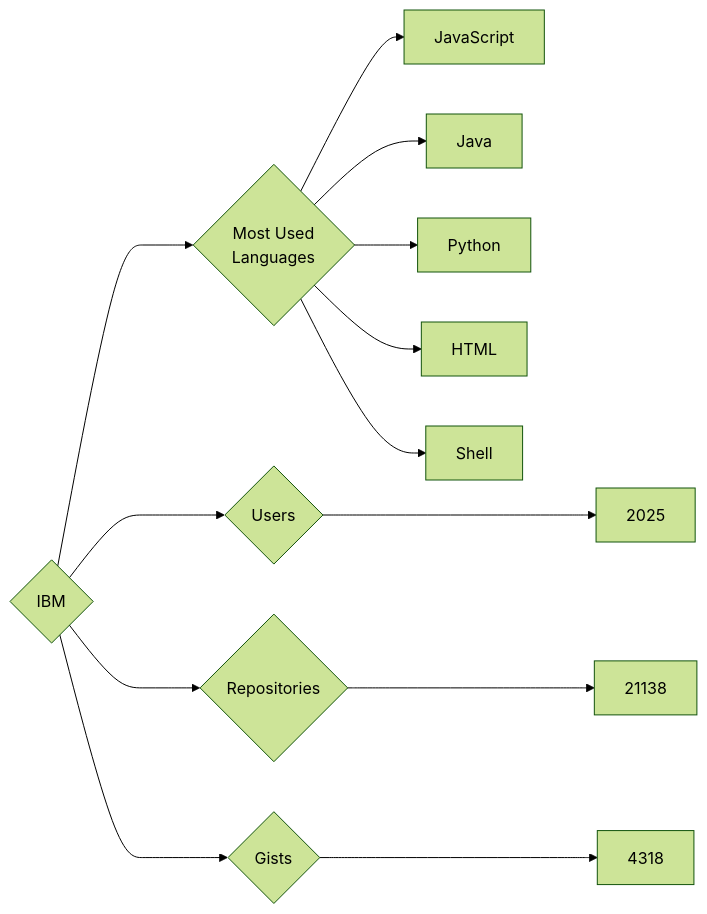
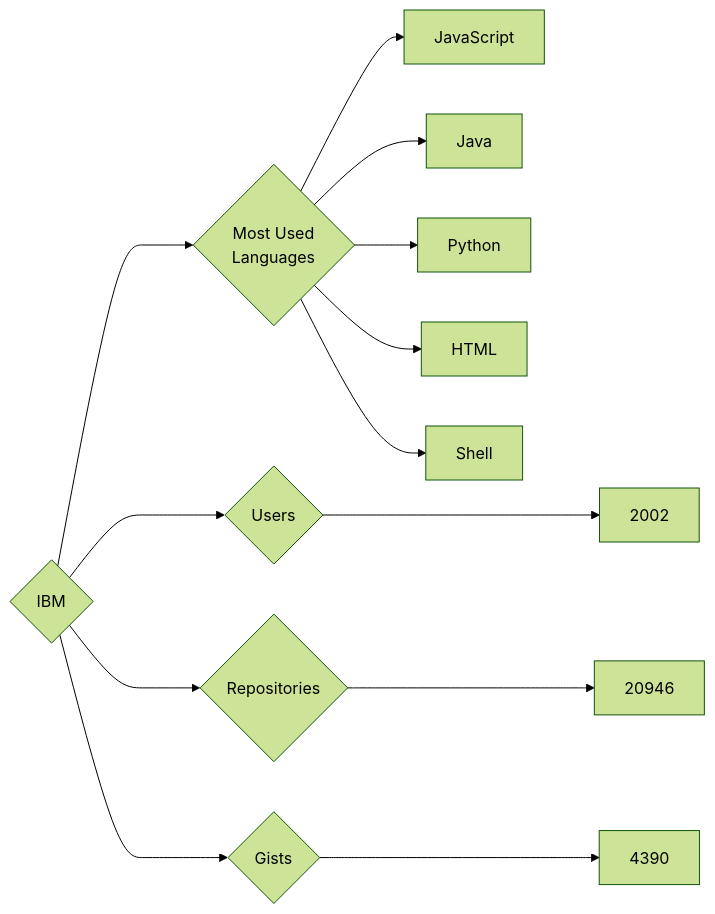
The diagram in targets/IBM/README.md (trickest/insiders), drawn with Mermaid (forest theme) before and after one commit. The commit also changed 721 other files, not shown here.

````diff
--- a/targets/IBM/README.md
+++ b/targets/IBM/README.md
@@ -3,13 +3,13 @@
 ```mermaid
 graph LR
 COMPANY_NAME{IBM}
-COMPANY_NAME ---> U{Users} ---> UN[2025]
-COMPANY_NAME ---> R{Repositories} ---> RN[21138]
-COMPANY_NAME ---> G{Gists} ---> GN[4318]
+COMPANY_NAME ---> U{Users} ---> UN[2002]
+COMPANY_NAME ---> R{Repositories} ---> RN[20946]
+COMPANY_NAME ---> G{Gists} ---> GN[4390]
 COMPANY_NAME ---> ML{Most Used<br>Languages}
 ML --> JavaScript[JavaScript]
 ML --> Java[Java]
 ML --> Python[Python]
 ML --> HTML[HTML]
 ML --> Shell[Shell]
 ```
````
